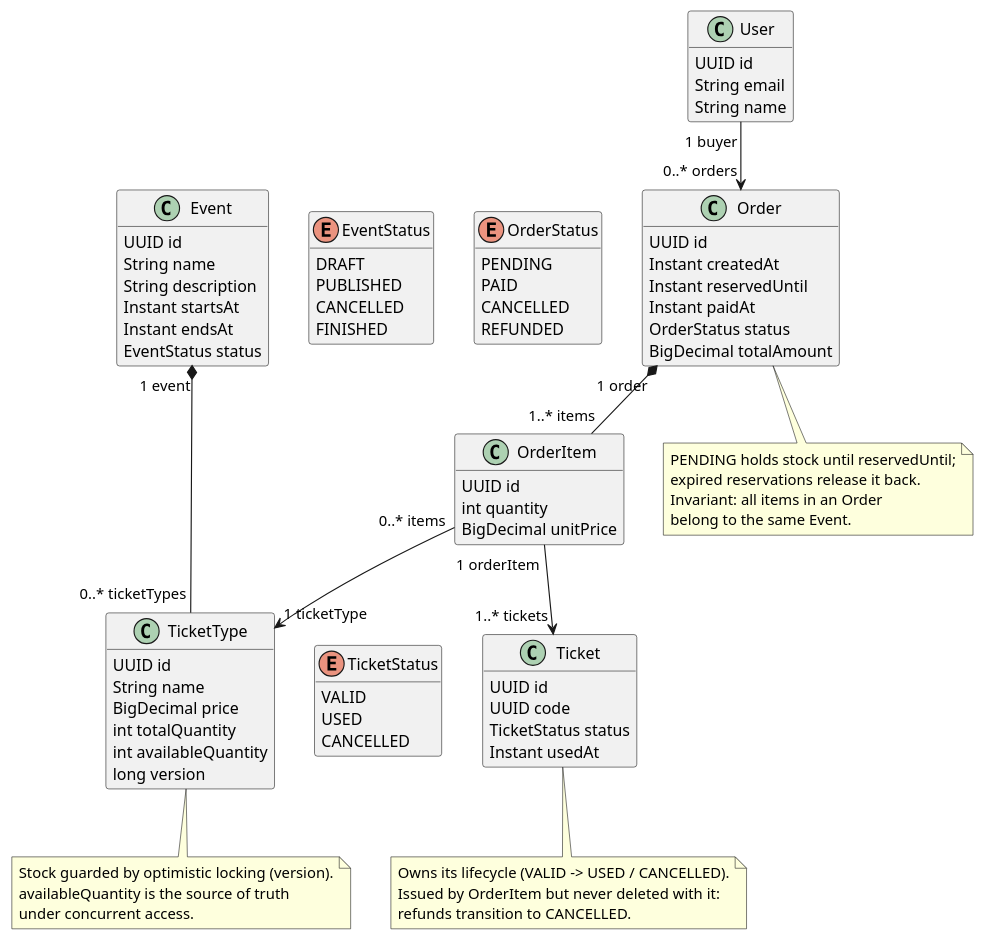
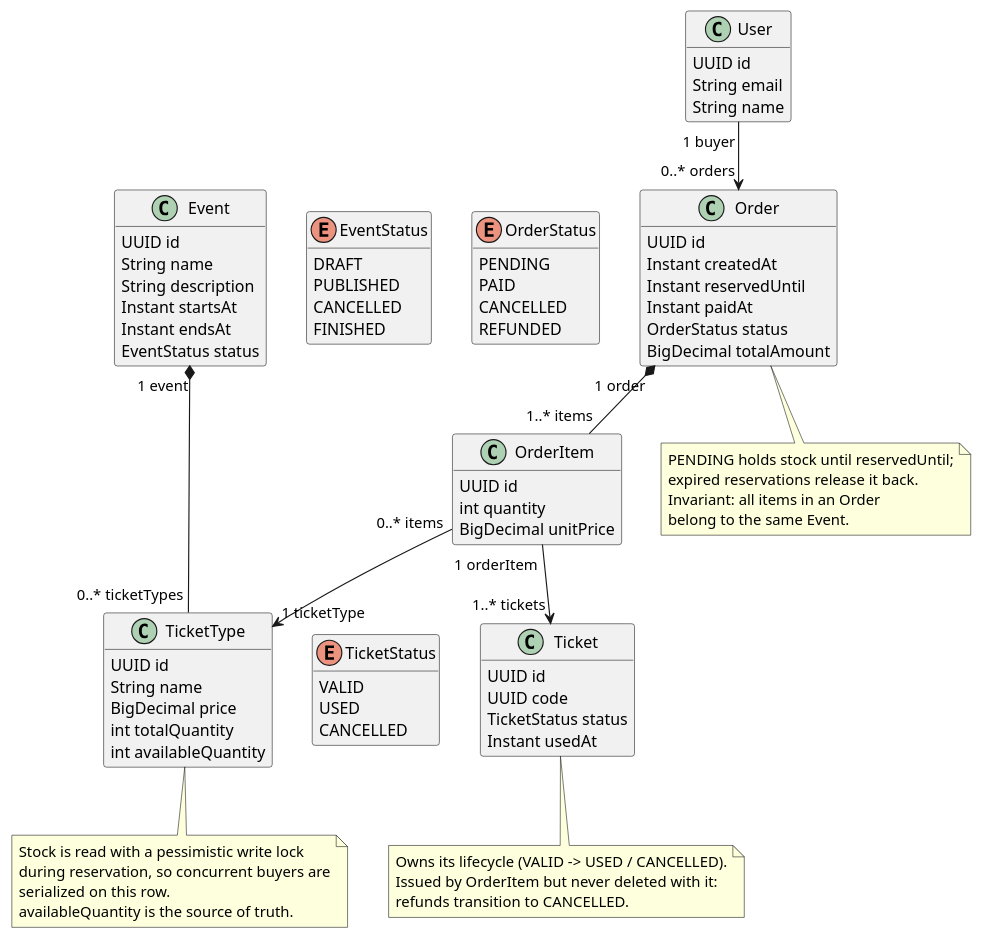
Before and after one commit to MatheusLeiteCarneiro/soldout-api: the diagram in docs/diagrams/class-model.puml, drawn with PlantUML. The commit also changed 1 other file, not shown here.

Commit message:
docs: choose pessimistic locking and update domain model

```diff
--- a/docs/diagrams/class-model.puml
+++ b/docs/diagrams/class-model.puml
@@ -1,99 +1,99 @@
 @startuml
 
 hide empty members
 skinparam classAttributeIconSize 0
 
 together {
   class Event {
     UUID id
     String name
     String description
     Instant startsAt
     Instant endsAt
     EventStatus status
   }
   enum EventStatus {
     DRAFT
     PUBLISHED
     CANCELLED
     FINISHED
   }
 }
 
 class TicketType {
   UUID id
   String name
   BigDecimal price
   int totalQuantity
   int availableQuantity
-  long version
 }
 
 class User {
   UUID id
   String email
   String name
 }
 
 together {
   class Order {
     UUID id
     Instant createdAt
     Instant reservedUntil
     Instant paidAt
     OrderStatus status
     BigDecimal totalAmount
   }
   enum OrderStatus {
     PENDING
     PAID
     CANCELLED
     REFUNDED
   }
 }
 
 class OrderItem {
   UUID id
   int quantity
   BigDecimal unitPrice
 }
 
 together {
   class Ticket {
     UUID id
     UUID code
     TicketStatus status
     Instant usedAt
   }
   enum TicketStatus {
     VALID
     USED
     CANCELLED
   }
 }
 
 Event "1 event" *-- "0..* ticketTypes" TicketType
 User "1 buyer" --> "0..* orders" Order
 Order "1 order" *-- "1..* items" OrderItem
 OrderItem "1 orderItem" --> "1..* tickets" Ticket
 OrderItem "0..* items" --> "1 ticketType" TicketType
 note bottom of TicketType
-  Stock guarded by optimistic locking (version).
-  availableQuantity is the source of truth
-  under concurrent access.
+  Stock is read with a pessimistic write lock
+  during reservation, so concurrent buyers are
+  serialized on this row.
+  availableQuantity is the source of truth.
 end note
 
 note bottom of Order
   PENDING holds stock until reservedUntil;
   expired reservations release it back.
   Invariant: all items in an Order
   belong to the same Event.
 end note
 
 note bottom of Ticket
   Owns its lifecycle (VALID -> USED / CANCELLED).
   Issued by OrderItem but never deleted with it:
   refunds transition to CANCELLED.
 end note
 
 @enduml
```
